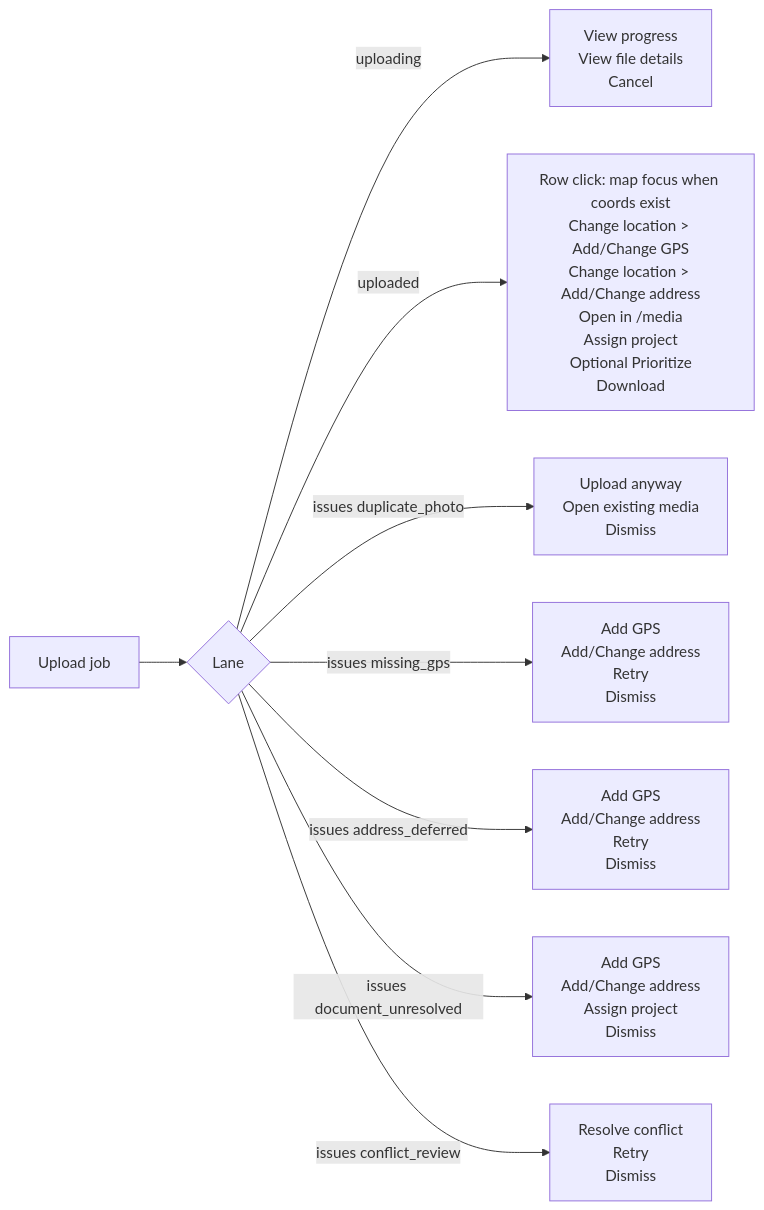
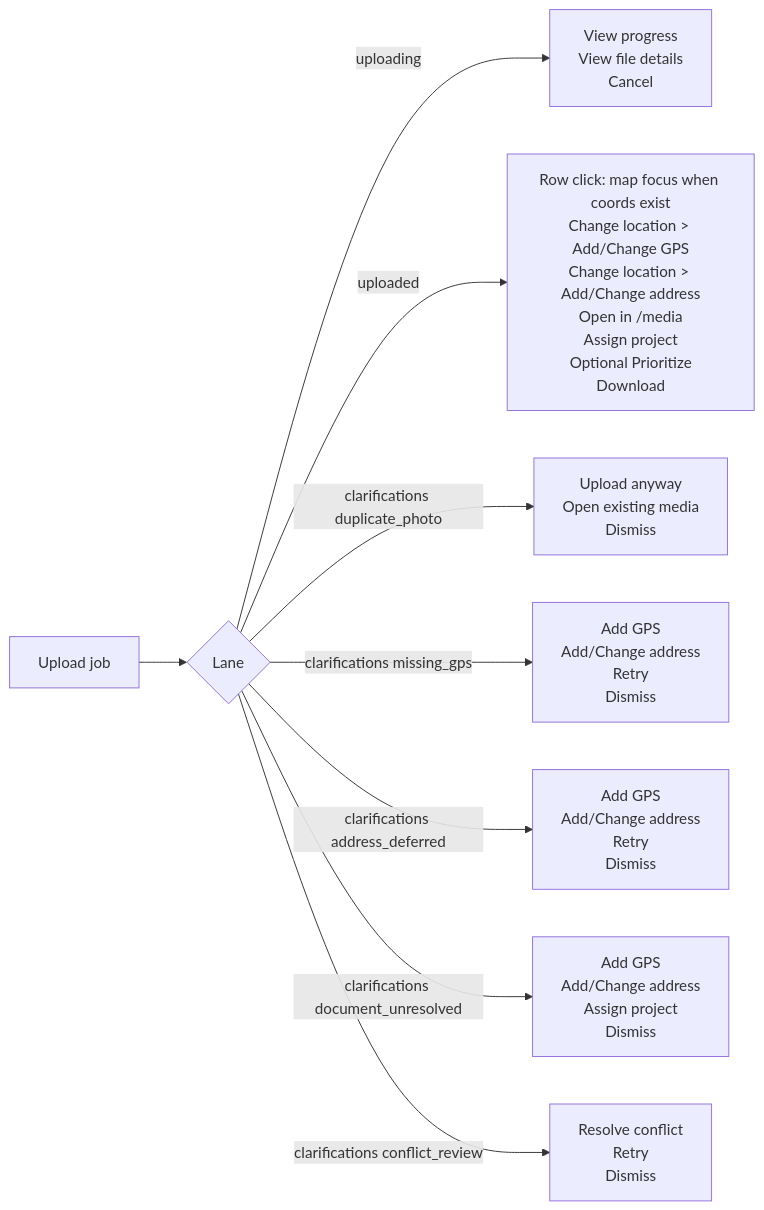
Before and after one commit to matkleve/feldpost: the second of 4 diagrams in docs/specs/component/upload/upload-panel.lane-and-row-actions.md, drawn with Mermaid. The commit also changed other lines of this file and 55 other files, not shown here.

First line of the commit message:
refactor: rename the upload lane from issues to clarifications

````diff
--- a/docs/specs/component/upload/upload-panel.lane-and-row-actions.md
+++ b/docs/specs/component/upload/upload-panel.lane-and-row-actions.md
@@ -42,11 +42,11 @@
 ```mermaid
 flowchart LR
   A[Upload job] --> B{Lane}
   B -->|uploading| C[View progress<br/>View file details<br/>Cancel]
   B -->|uploaded| D[Row click: map focus when coords exist<br/>Change location > Add/Change GPS<br/>Change location > Add/Change address<br/>Open in /media<br/>Assign project<br/>Optional Prioritize<br/>Download]
-  B -->|issues duplicate_photo| E[Upload anyway<br/>Open existing media<br/>Dismiss]
-  B -->|issues missing_gps| F[Add GPS<br/>Add/Change address<br/>Retry<br/>Dismiss]
-  B -->|issues address_deferred| I[Add GPS<br/>Add/Change address<br/>Retry<br/>Dismiss]
-  B -->|issues document_unresolved| H[Add GPS<br/>Add/Change address<br/>Assign project<br/>Dismiss]
-  B -->|issues conflict_review| G[Resolve conflict<br/>Retry<br/>Dismiss]
+  B -->|clarifications duplicate_photo| E[Upload anyway<br/>Open existing media<br/>Dismiss]
+  B -->|clarifications missing_gps| F[Add GPS<br/>Add/Change address<br/>Retry<br/>Dismiss]
+  B -->|clarifications address_deferred| I[Add GPS<br/>Add/Change address<br/>Retry<br/>Dismiss]
+  B -->|clarifications document_unresolved| H[Add GPS<br/>Add/Change address<br/>Assign project<br/>Dismiss]
+  B -->|clarifications conflict_review| G[Resolve conflict<br/>Retry<br/>Dismiss]
 ```
````
